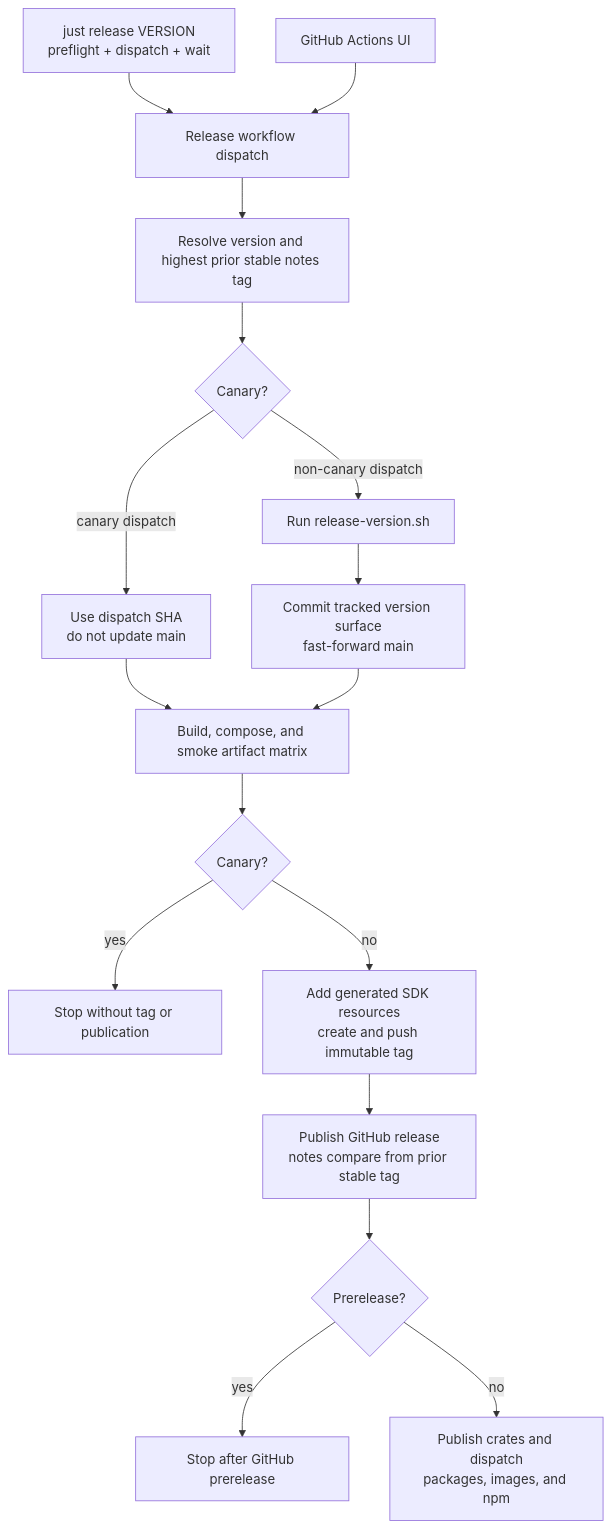
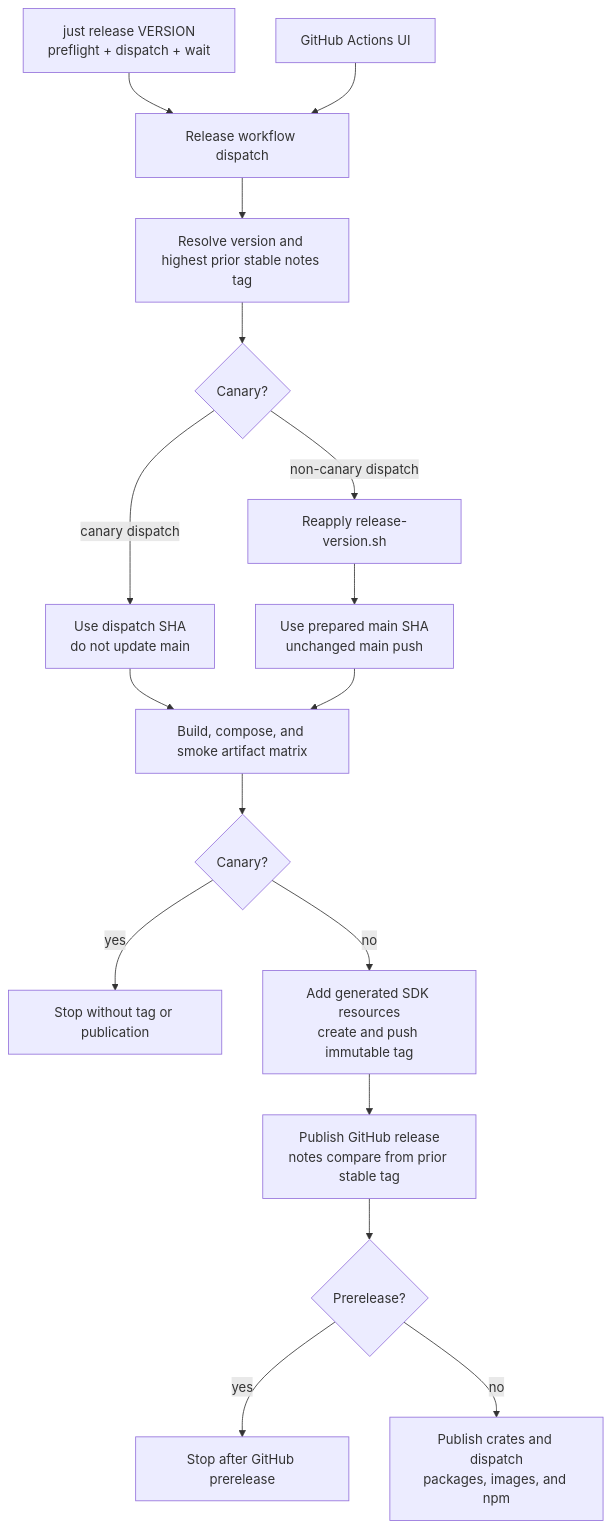
The first of 2 diagrams in ci/ci.md (Mesh-LLM/mesh-llm), drawn with Mermaid before and after one commit. The commit also changed other lines of this file and 113 other files, not shown here.

````diff
--- a/ci/ci.md
+++ b/ci/ci.md
@@ -775,19 +787,19 @@
 ```mermaid
 flowchart TD
     JUST["just release VERSION<br/>preflight + dispatch + wait"] --> DISPATCH["Release workflow dispatch"]
     UI["GitHub Actions UI"] --> DISPATCH
     DISPATCH --> META["Resolve version and highest prior stable notes tag"]
     META --> PATH{"Canary?"}
     PATH -- "canary dispatch" --> CANARY["Use dispatch SHA<br/>do not update main"]
-    PATH -- "non-canary dispatch" --> BUMP["Run release-version.sh"]
-    BUMP --> VERSION_COMMIT["Commit tracked version surface<br/>fast-forward main"]
+    PATH -- "non-canary dispatch" --> BUMP["Reapply release-version.sh"]
+    BUMP --> VERSION_COMMIT["Use prepared main SHA<br/>unchanged main push"]
     CANARY --> BUILD["Build, compose, and smoke artifact matrix"]
     VERSION_COMMIT --> BUILD
     BUILD --> PUBLISHABLE{"Canary?"}
     PUBLISHABLE -- "yes" --> CANARY_DONE["Stop without tag or publication"]
     PUBLISHABLE -- "no" --> PREPARE_TAG["Add generated SDK resources<br/>create and push immutable tag"]
     PREPARE_TAG --> RELEASE["Publish GitHub release<br/>notes compare from prior stable tag"]
     RELEASE --> KIND{"Prerelease?"}
     KIND -- "yes" --> RC_DONE["Stop after GitHub prerelease"]
     KIND -- "no" --> DOWNSTREAM["Publish crates and dispatch<br/>packages, images, and npm"]
 ```
````
